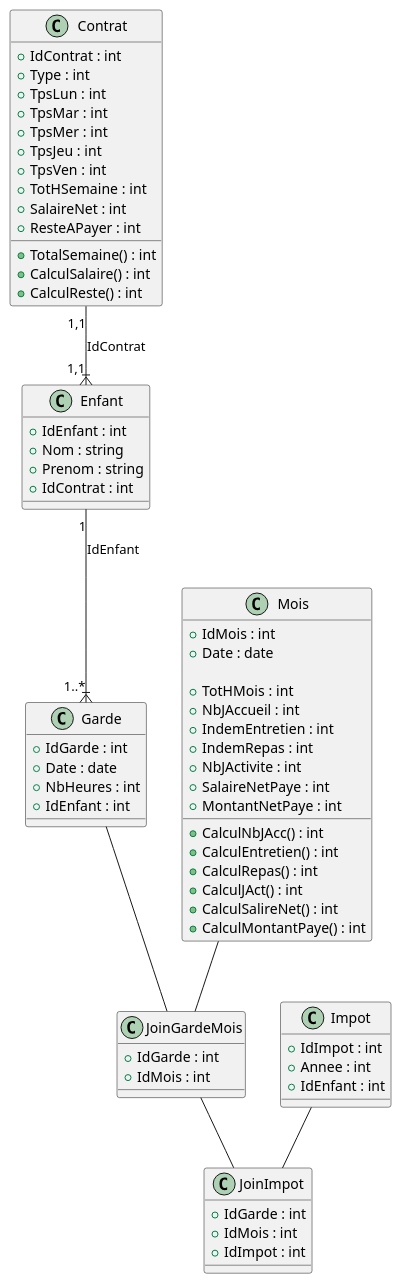
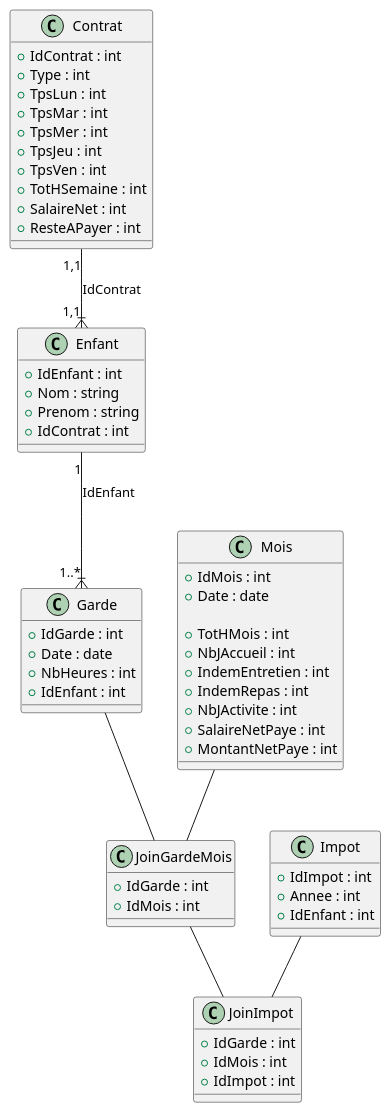
The diagram in diagramme.puml (CedrineJolly/App1), drawn with PlantUML before and after one commit. The commit also changed 7 other files, not shown here.

```diff
--- a/diagramme.puml
+++ b/diagramme.puml
@@ -1,87 +1,76 @@
 @startuml
 class Contrat 
 {
     + IdContrat : int
     + Type : int
     + TpsLun : int
     + TpsMar : int
     + TpsMer : int
     + TpsJeu : int
     + TpsVen : int
     + TotHSemaine : int
     + SalaireNet : int
     + ResteAPayer : int
-
-    + TotalSemaine() : int
-    + CalculSalaire() : int
-    + CalculReste() : int
-
 }
 
 class Enfant
 {
     + IdEnfant : int
     + Nom : string
     + Prenom : string
     + IdContrat : int
 }
 Contrat "1,1"--|{"1,1" Enfant : IdContrat
 
 class Mois 
 {
     + IdMois : int
     + Date : date
 
     + TotHMois : int
     + NbJAccueil : int
     + IndemEntretien : int
     + IndemRepas : int
     + NbJActivite : int
     + SalaireNetPaye : int
     + MontantNetPaye : int
-    + CalculNbJAcc() : int
-    + CalculEntretien() : int
-    + CalculRepas() : int
-    + CalculJAct() : int
-    + CalculSalireNet() : int
-    + CalculMontantPaye() : int
 
 }
 
 class Garde
 {
     + IdGarde : int
     + Date : date 
     + NbHeures : int
     + IdEnfant : int
 }
 
 Enfant "1" --|{ "1..*" Garde : IdEnfant
 
 class JoinGardeMois
 {
     + IdGarde : int
     + IdMois : int
 }
 
 Garde -- JoinGardeMois
 Mois -- JoinGardeMois
 
 class Impot
 {
     + IdImpot : int
     + Annee : int
     + IdEnfant : int
 }
 
 class JoinImpot
 {
     + IdGarde : int
     + IdMois : int
     + IdImpot : int
 }
 
 Impot -- JoinImpot
 JoinGardeMois -- JoinImpot
 
 @enduml
```
